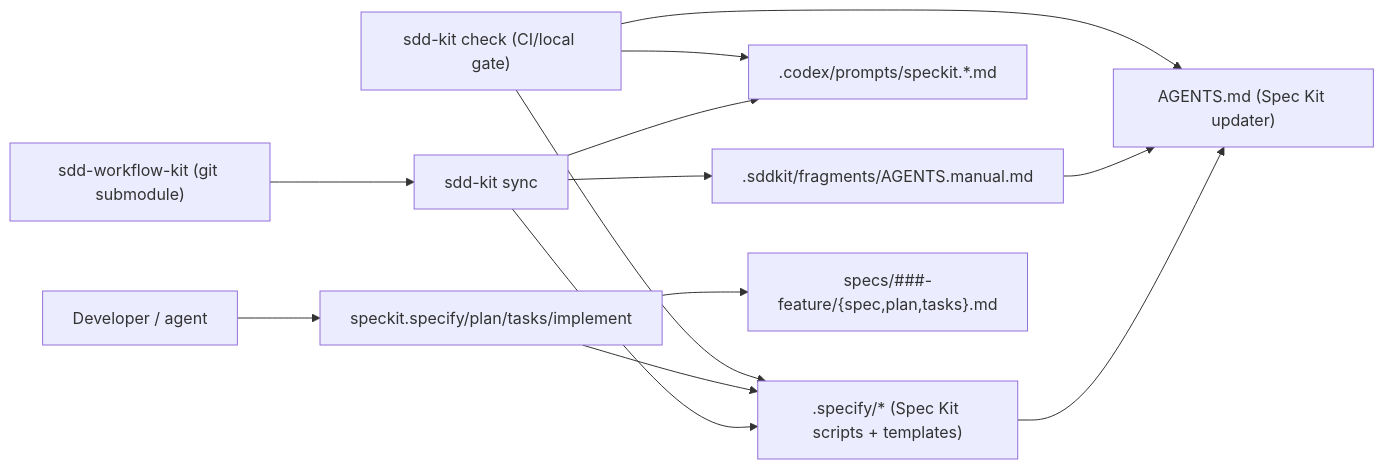
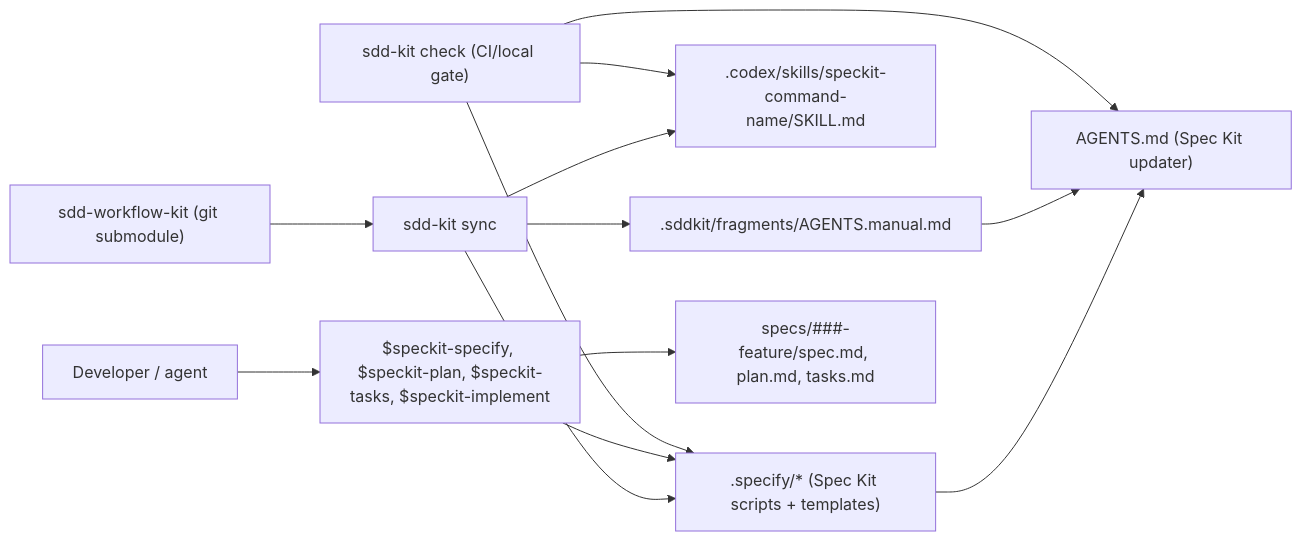
One commit to yshishenya/sdd-workflow-kit changed the first of 2 diagrams in README.md. Above: the diagram before and after it, drawn with Mermaid. The commit also changed other lines of this file and 5 other files, not shown here.

Commit message:
feat: migrate speckit codex commands to skills

````diff
--- a/README.md
+++ b/README.md
@@ -64,18 +64,18 @@
 ```mermaid
 flowchart LR
   KIT["sdd-workflow-kit (git submodule)"] --> SYNC["sdd-kit sync"]
   SYNC --> SPECIFY[".specify/* (Spec Kit scripts + templates)"]
-  SYNC --> PROMPTS[".codex/prompts/speckit.*.md"]
+  SYNC --> PROMPTS[".codex/skills/speckit-command-name/SKILL.md"]
   SYNC --> FRAG[".sddkit/fragments/AGENTS.manual.md"]
 
-  DEV["Developer / agent"] --> SPK["speckit.specify/plan/tasks/implement"]
+  DEV["Developer / agent"] --> SPK["$speckit-specify, $speckit-plan, $speckit-tasks, $speckit-implement"]
   SPK --> SPECIFY
-  SPK --> SPECS["specs/###-feature/{spec,plan,tasks}.md"]
+  SPK --> SPECS["specs/###-feature/spec.md, plan.md, tasks.md"]
 
   SPECIFY --> AG["AGENTS.md (Spec Kit updater)"]
   FRAG --> AG
 
   CHECK["sdd-kit check (CI/local gate)"] --> SPECIFY
   CHECK --> PROMPTS
   CHECK --> AG
 ```
````
